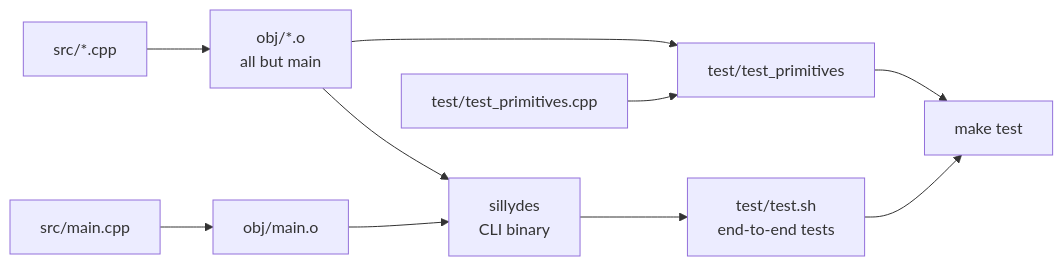
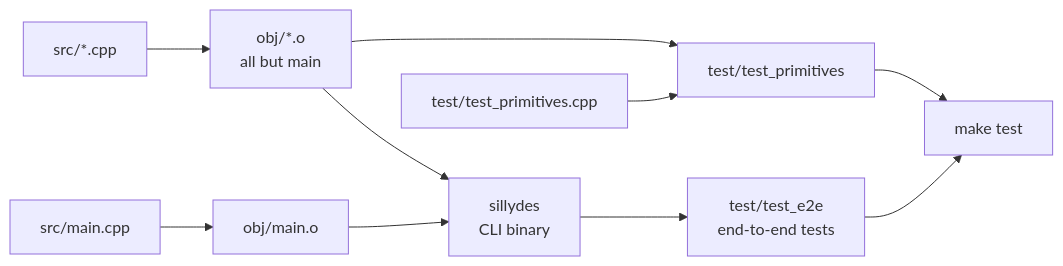
The tenth of 10 diagrams in STRUCTURE.md (avw1ein/sillydes), drawn with Mermaid before and after one commit. The commit also changed other lines of this file and 4 other files, not shown here.

````diff
--- a/STRUCTURE.md
+++ b/STRUCTURE.md
@@ -412,12 +412,12 @@
 ```mermaid
 flowchart LR
     src["src/*.cpp"] --> objs["obj/*.o<br/>all but main"]
     main["src/main.cpp"] --> mo["obj/main.o"]
     objs --> sillydes["sillydes<br/>CLI binary"]
     mo --> sillydes
     objs --> tp["test/test_primitives"]
     tpsrc["test/test_primitives.cpp"] --> tp
-    sillydes --> shtest["test/test.sh<br/>end-to-end tests"]
+    sillydes --> shtest["test/test_e2e<br/>end-to-end tests"]
     tp --> make["make test"]
     shtest --> make
 ```
````
